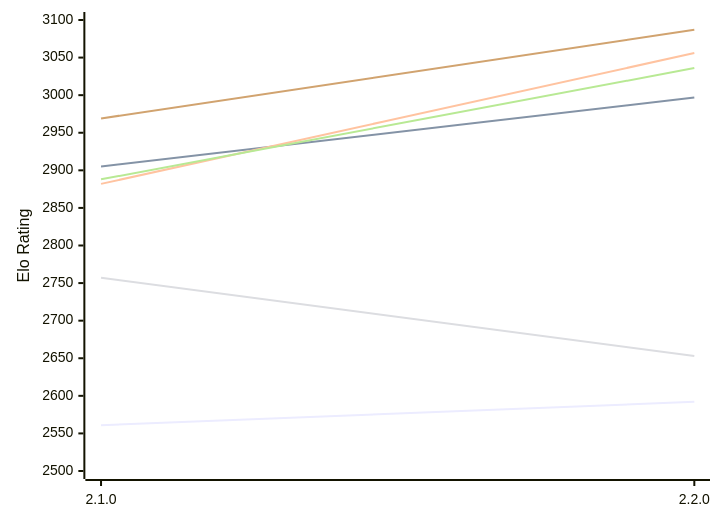
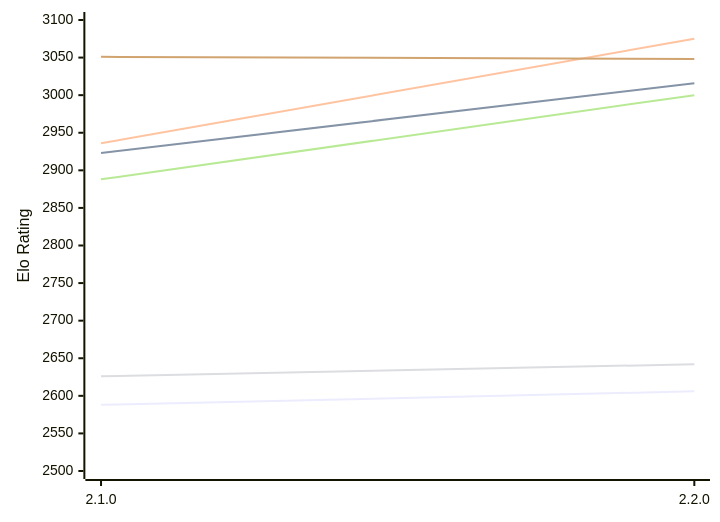
One commit to computer-chess-index/cci changed the first of 2 diagrams in engines/Aspen.md. Above: the diagram before and after it, drawn with Mermaid. The commit also changed other lines of this file, not shown here.

Commit message:
Update CCI Ratings (ELO VLTC) - 2026-11-14

````diff
--- a/engines/Aspen.md
+++ b/engines/Aspen.md
@@ -52,12 +52,12 @@
 ```mermaid
 %%{init: {"theme":"base","themeVariables":{"seriesColors:['#a3a3a3','#222221','#faa371']}}}%%
 xychart-beta
   x-axis ["2.1.0", "2.2.0"]
   y-axis "Elo Rating" 2500 --> 3100
-  line "E1: STC (8.0+0.08s)" [2561, 2592]
-  line "E1: LTC (60.0+0.60s)" [2905, 2997]
-  line "E1: VLTC (2m24s+1.12s)" [2882, 3056]
-  line "P1: STC (8.0+0.08s)" [2757, 2653]
-  line "P1: LTC (60.0+0.60s)" [2888, 3036]
-  line "P1: VLTC (2m24s+1.12s)" [2969, 3087]
+  line "E1: STC (8.0+0.08s)" [2588, 2606]
+  line "E1: LTC (60.0+0.60s)" [2923, 3016]
+  line "E1: VLTC (2m24s+1.12s)" [2936, 3075]
+  line "P1: STC (8.0+0.08s)" [2626, 2642]
+  line "P1: LTC (60.0+0.60s)" [2888, 3000]
+  line "P1: VLTC (2m24s+1.12s)" [3051, 3048]
 ```
````
